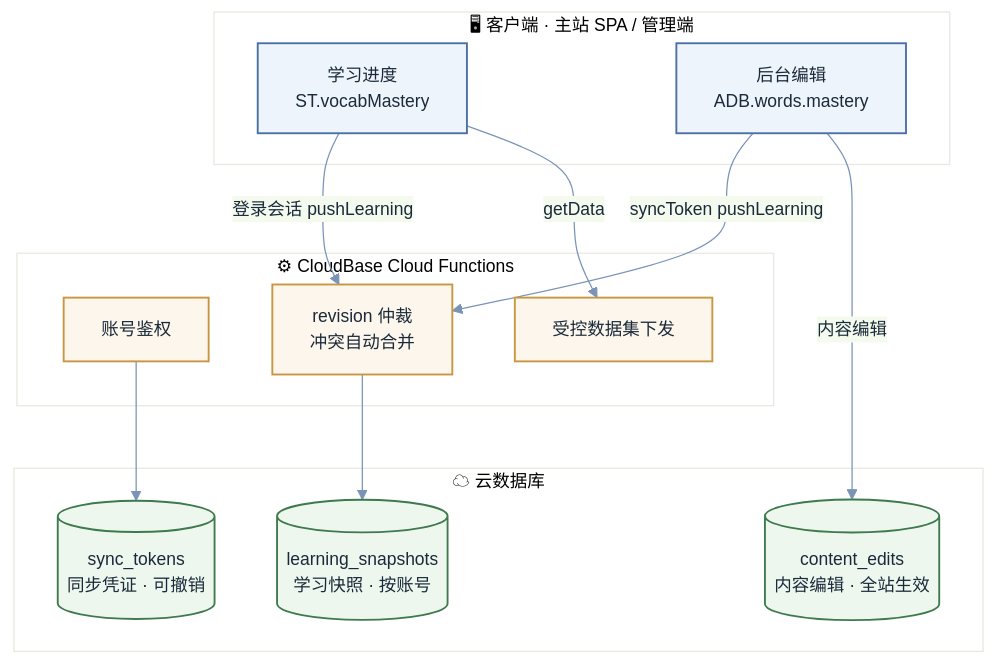
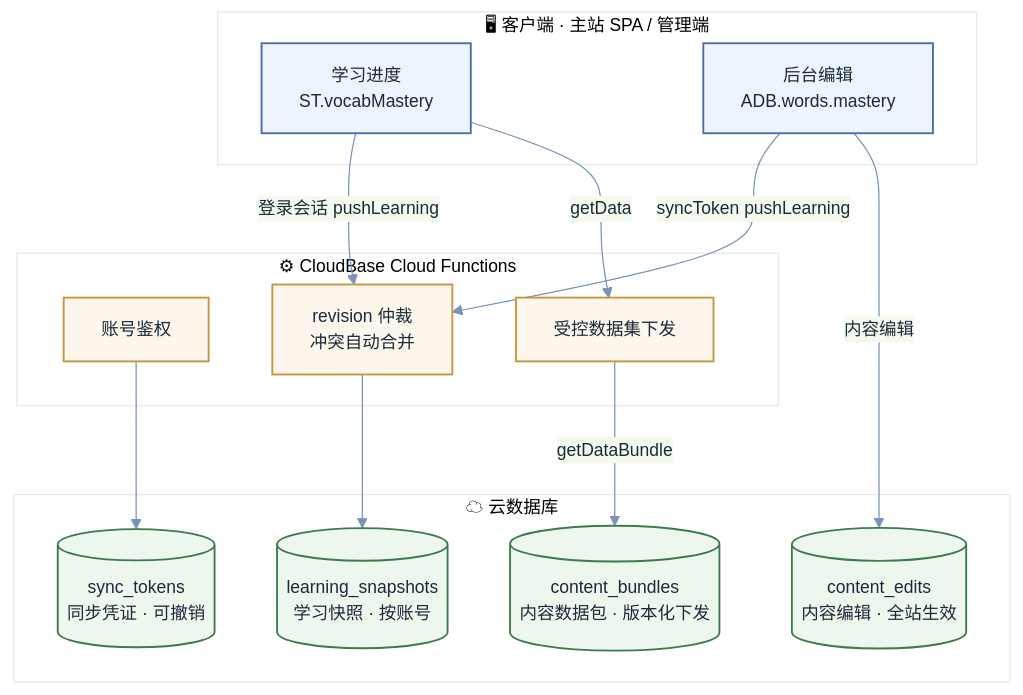
One commit to celina0503qq-lab/siele-workbench changed the diagram in README.md. Above: the diagram before and after it, drawn with Mermaid. The commit also changed other lines of this file and 2 other files, not shown here.

Commit message:
docs: CHANGELOG 标题归位首行、README 小修（徽章 v98.10/架构图补数据包通道/后端化进展节/角色三层）、deploy-guard 新增 CHANGELOG 结构校验

````diff
--- a/README.md
+++ b/README.md
@@ -49,30 +49,32 @@
 ```mermaid
 %%{init: {'theme':'base', 'themeVariables': {'primaryColor':'#eef4fb','primaryBorderColor':'#4a6fa5','primaryTextColor':'#1a2a3a','lineColor':'#7a94b8','fontSize':'14px'}, 'flowchart': {'curve':'basis'}} }%%
 flowchart TB
     subgraph CLIENT["🖥 客户端 · 主站 SPA / 管理端"]
         A["学习进度<br/>ST.vocabMastery"]
         B["后台编辑<br/>ADB.words.mastery"]
     end
     subgraph CF["⚙ CloudBase Cloud Functions"]
         C["账号鉴权"]
         D["revision 仲裁<br/>冲突自动合并"]
         E["受控数据集下发"]
     end
     subgraph DB["☁ 云数据库"]
         F[("learning_snapshots<br/>学习快照 · 按账号")]
         G[("content_edits<br/>内容编辑 · 全站生效")]
         H[("sync_tokens<br/>同步凭证 · 可撤销")]
+        I[("content_bundles<br/>内容数据包 · 版本化下发")]
     end
     A -- "登录会话 pushLearning" --> D
     B -- "syncToken pushLearning" --> D
     D --> F
     A -- getData --> E
+    E -- getDataBundle --> I
     B -- 内容编辑 --> G
     C --> H
     classDef client fill:#eef4fb,stroke:#4a6fa5,stroke-width:1.5px
     classDef func fill:#fdf6ec,stroke:#c8963e,stroke-width:1.5px
     classDef store fill:#eef7ee,stroke:#3e7a4e,stroke-width:1.5px
     class A,B client
     class C,D,E func
-    class F,G,H store
+    class F,G,H,I store
 ```
````
